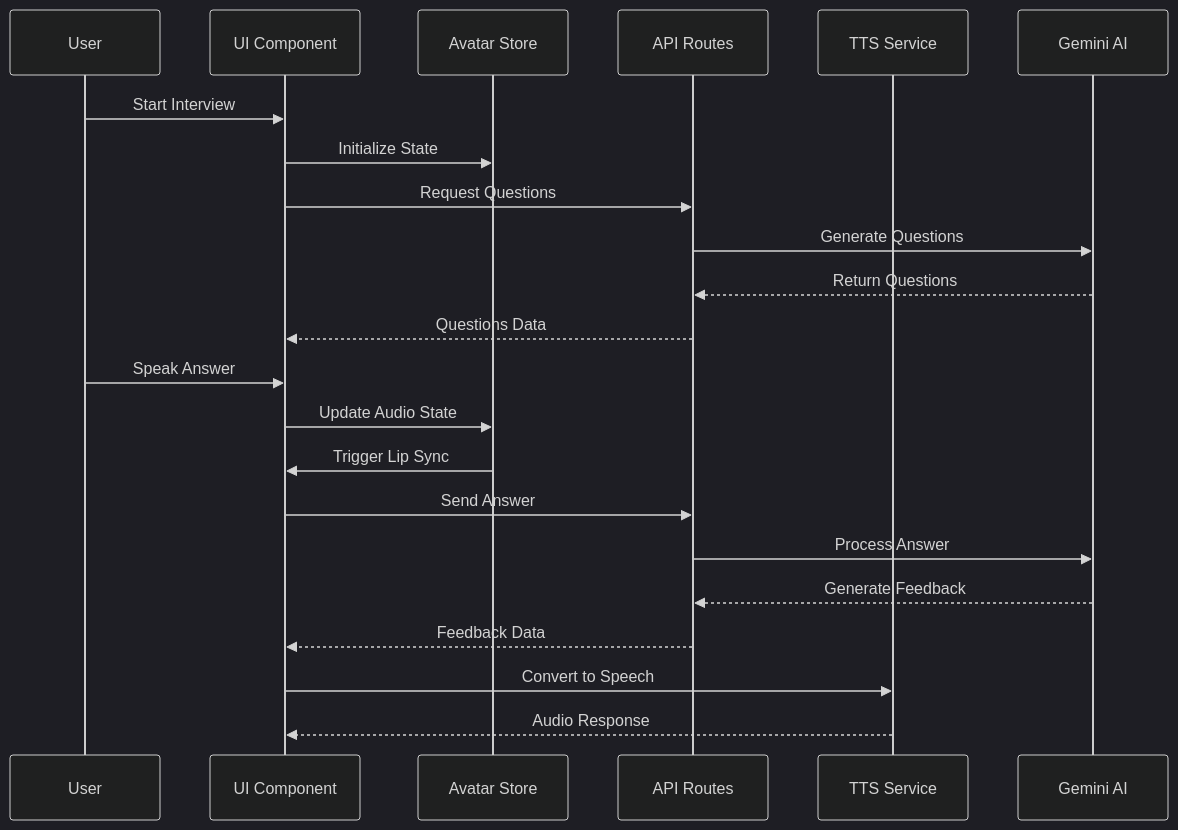
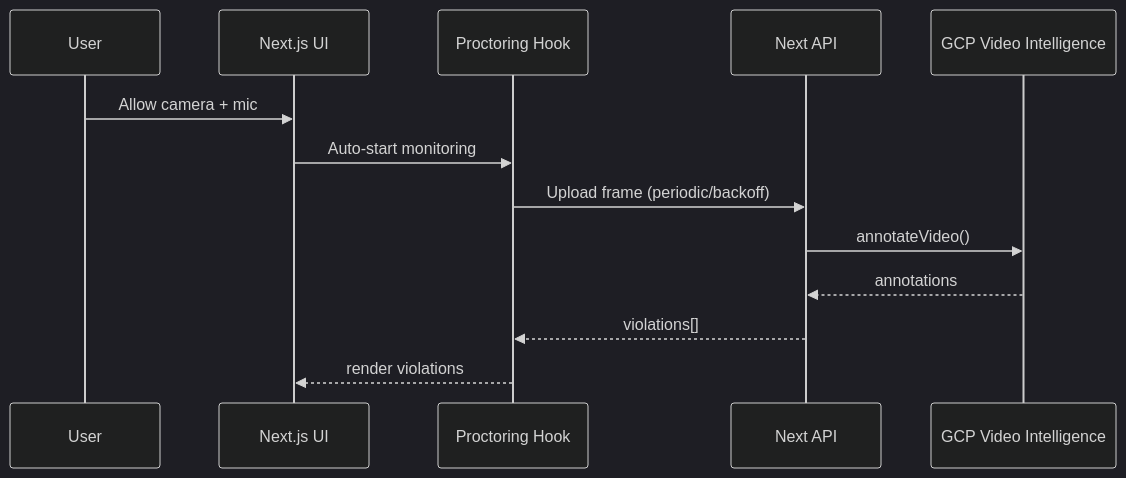
Before and after one commit to Arya202004/ai-interview: the second of 2 diagrams in README.md, drawn with Mermaid (dark theme). The commit also changed other lines of this file and 19 other files, not shown here.

````diff
--- a/README.md
+++ b/README.md
@@ -93,26 +67,16 @@
 ```mermaid
 sequenceDiagram
-    participant U as User
-    participant UI as UI Component
-    participant Store as Avatar Store
-    participant API as API Routes
-    participant TTS as TTS Service
-    participant AI as Gemini AI
-    
-    U->>UI: Start Interview
-    UI->>Store: Initialize State
-    UI->>API: Request Questions
-    API->>AI: Generate Questions
-    AI-->>API: Return Questions
-    API-->>UI: Questions Data
-    
-    U->>UI: Speak Answer
-    UI->>Store: Update Audio State
-    Store->>UI: Trigger Lip Sync
-    UI->>API: Send Answer
-    API->>AI: Process Answer
-    AI-->>API: Generate Feedback
-    API-->>UI: Feedback Data
-    UI->>TTS: Convert to Speech
-    TTS-->>UI: Audio Response
+  participant U as User
+  participant UI as Next.js UI
+  participant P as Proctoring Hook
+  participant API as Next API
+  participant GCP as GCP Video Intelligence
+
+  U->>UI: Allow camera + mic
+  UI->>P: Auto‑start monitoring
+  P->>API: Upload frame (periodic/backoff)
+  API->>GCP: annotateVideo()
+  GCP-->>API: annotations
+  API-->>P: violations[]
+  P-->>UI: render violations
 ```
````
